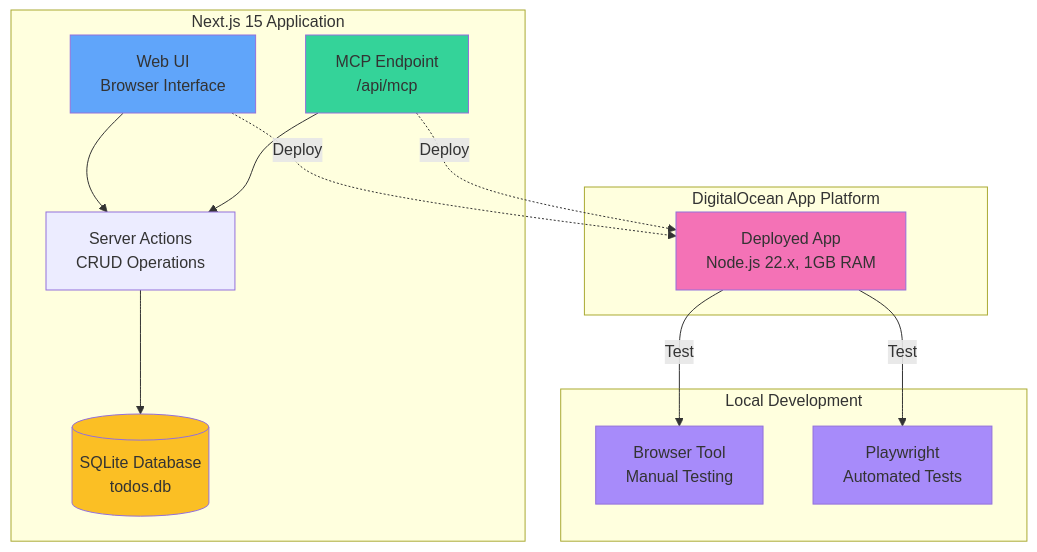
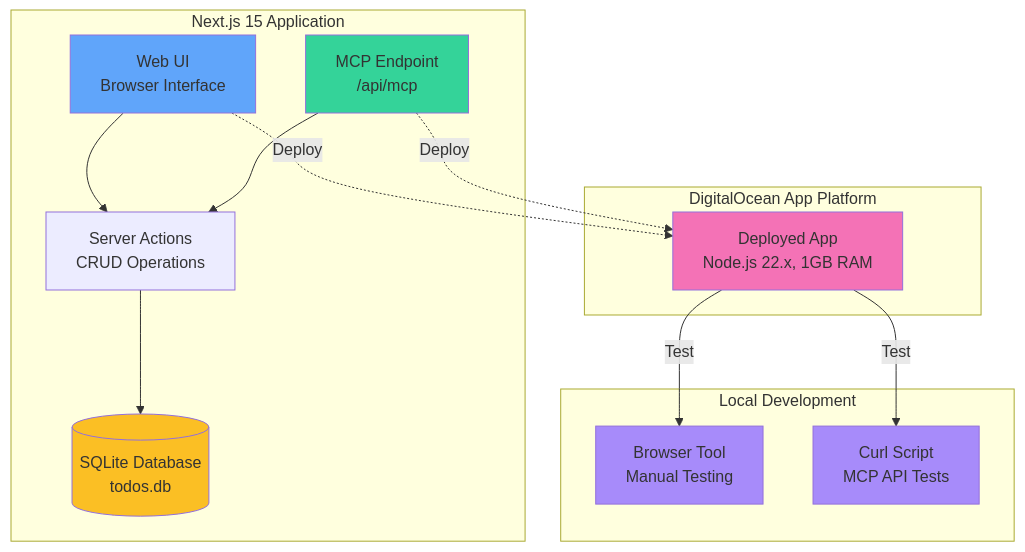
One commit to bikram20/next15-todo-mcp changed the diagram in README.md. Above: the diagram before and after it, drawn with Mermaid. The commit also changed other lines of this file and 4 other files, not shown here.

First line of the commit message:
test: Add curl-based MCP endpoint tests and fix JSON-RPC implementation

````diff
--- a/README.md
+++ b/README.md
@@ -7,35 +7,35 @@
 ```mermaid
 graph TB
     subgraph "Next.js 15 Application"
         UI[Web UI<br/>Browser Interface]
         MCP[MCP Endpoint<br/>/api/mcp]
         SA[Server Actions<br/>CRUD Operations]
         DB[(SQLite Database<br/>todos.db)]
         
         UI --> SA
         MCP --> SA
         SA --> DB
     end
     
     subgraph "DigitalOcean App Platform"
         APP[Deployed App<br/>Node.js 22.x, 1GB RAM]
     end
     
     subgraph "Local Development"
         BROWSER[Browser Tool<br/>Manual Testing]
-        PW[Playwright<br/>Automated Tests]
+        CURL[Curl Script<br/>MCP API Tests]
     end
     
     UI -.->|Deploy| APP
     MCP -.->|Deploy| APP
     
     APP -->|Test| BROWSER
-    APP -->|Test| PW
+    APP -->|Test| CURL
     
     style UI fill:#60a5fa
     style MCP fill:#34d399
     style DB fill:#fbbf24
     style APP fill:#f472b6
     style BROWSER fill:#a78bfa
-    style PW fill:#a78bfa
+    style CURL fill:#a78bfa
 ```
````
